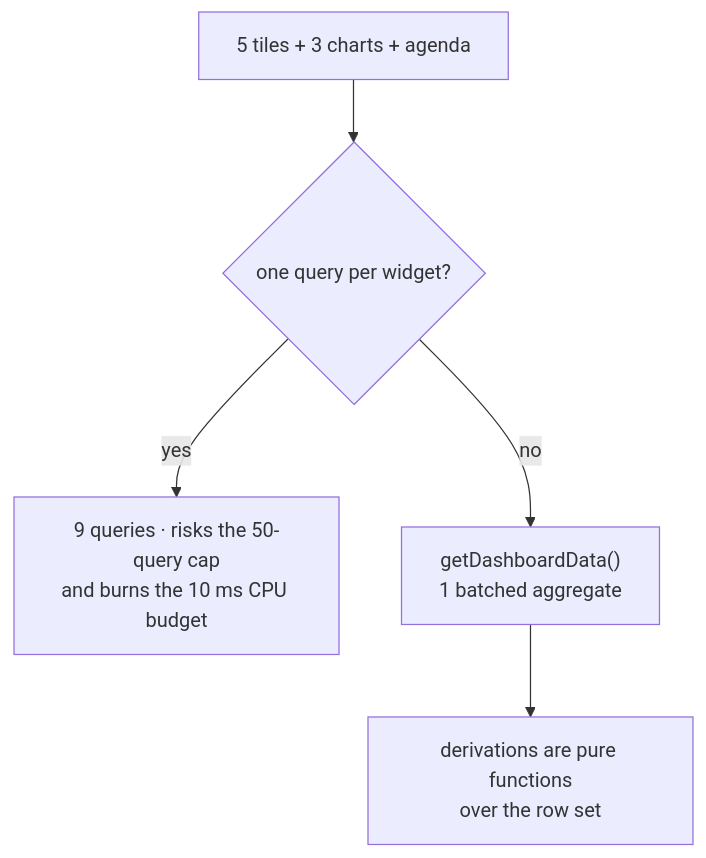
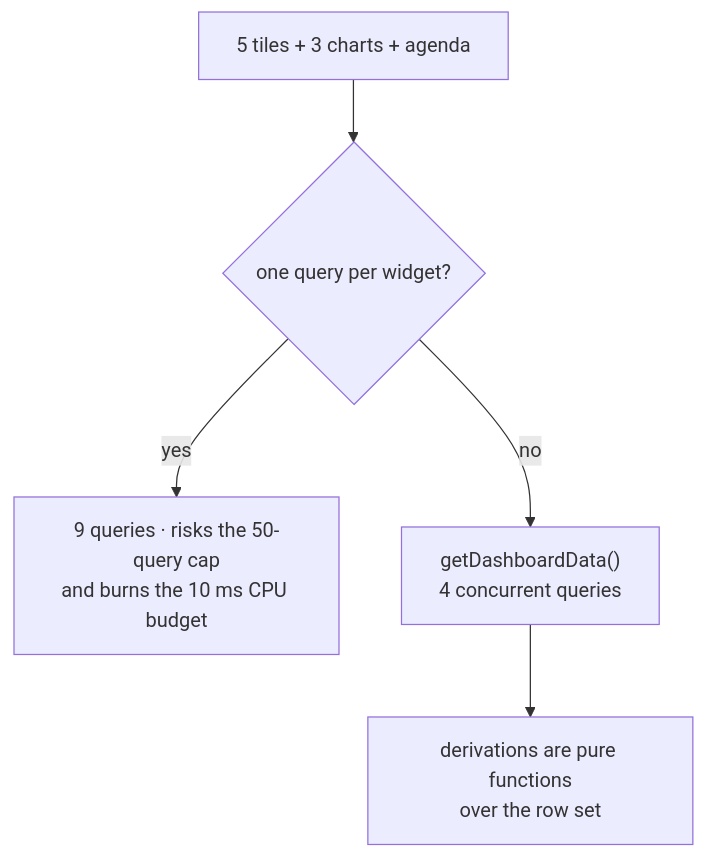
Before and after one commit to c0k0n/job-tracker: the fifth of 5 diagrams in docs/analytics.md, drawn with Mermaid. The commit also changed other lines of this file and 16 other files, not shown here.

````diff
--- a/docs/analytics.md
+++ b/docs/analytics.md
@@ -117,7 +121,7 @@
 ```mermaid
 flowchart TD
     A["5 tiles + 3 charts + agenda"] --> B{"one query per widget?"}
     B -- yes --> C["9 queries · risks the 50-query cap<br/>and burns the 10 ms CPU budget"]
-    B -- no --> D["getDashboardData()<br/>1 batched aggregate"]
+    B -- no --> D["getDashboardData()<br/>4 concurrent queries"]
     D --> E["derivations are pure functions<br/>over the row set"]
 ```
````
